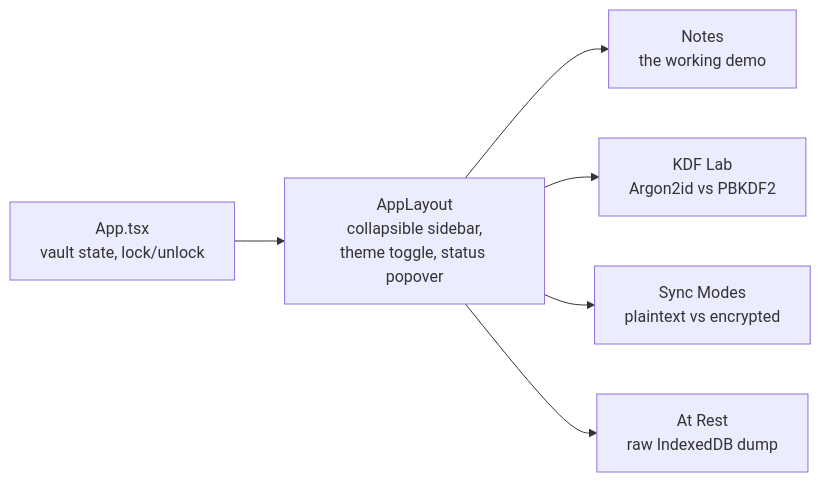
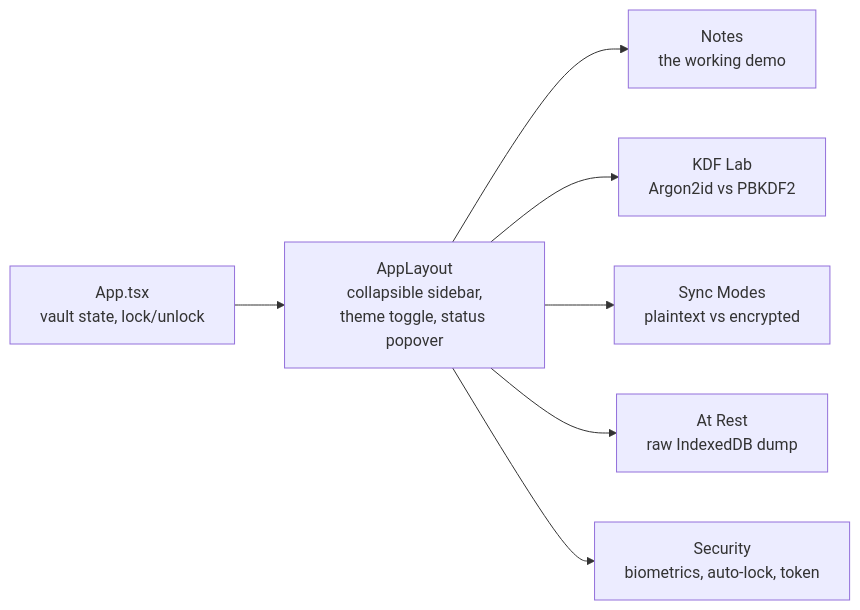
Before and after one commit to mortenoh/lockbox: the second of 4 diagrams in docs/design/architecture.md, drawn with Mermaid. The commit also changed other lines of this file and 10 other files, not shown here.

````diff
--- a/docs/design/architecture.md
+++ b/docs/design/architecture.md
@@ -89,8 +89,9 @@
 ```mermaid
 flowchart LR
     APP["App.tsx<br/>vault state, lock/unlock"] --> LAYOUT["AppLayout<br/>collapsible sidebar,<br/>theme toggle, status popover"]
     LAYOUT --> N["Notes<br/>the working demo"]
     LAYOUT --> K["KDF Lab<br/>Argon2id vs PBKDF2"]
     LAYOUT --> S["Sync Modes<br/>plaintext vs encrypted"]
     LAYOUT --> R["At Rest<br/>raw IndexedDB dump"]
+    LAYOUT --> SEC["Security<br/>biometrics, auto-lock, token"]
 ```
````
